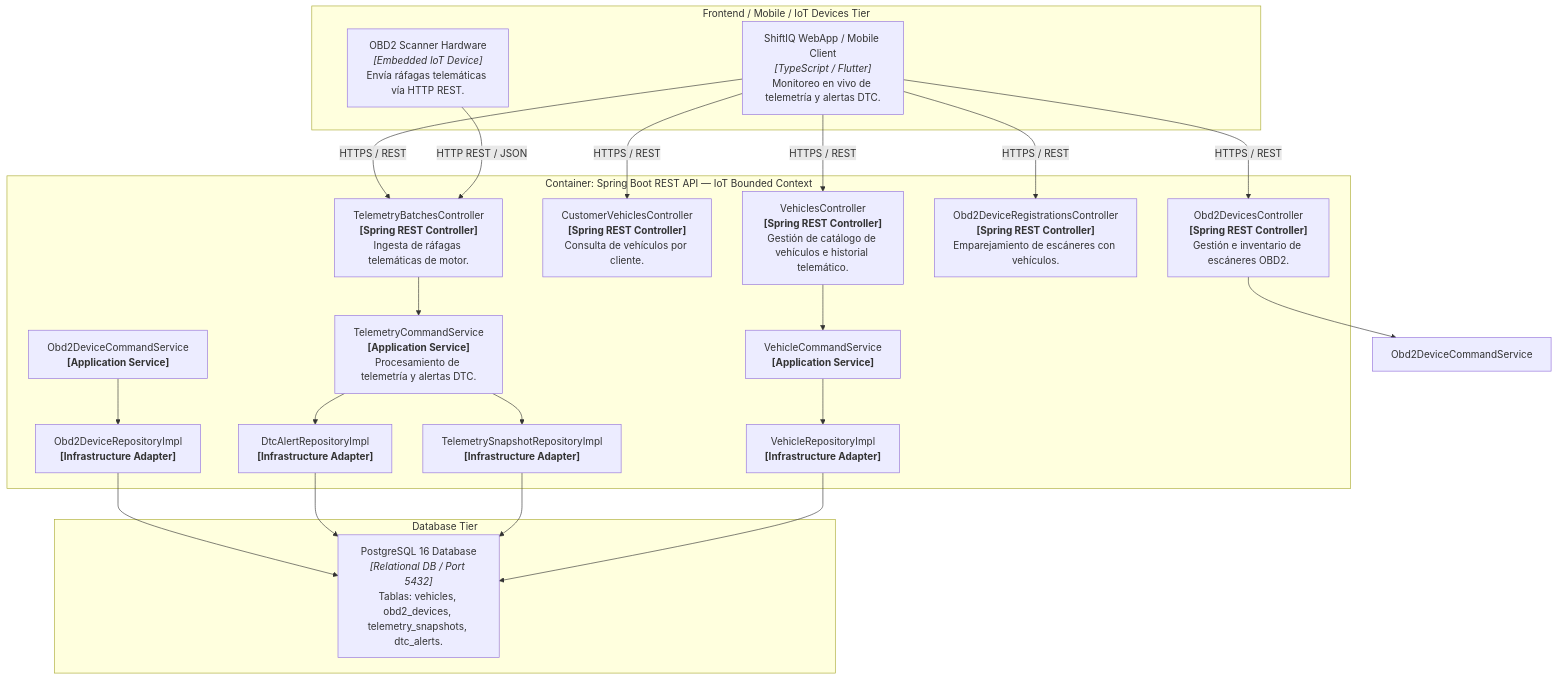
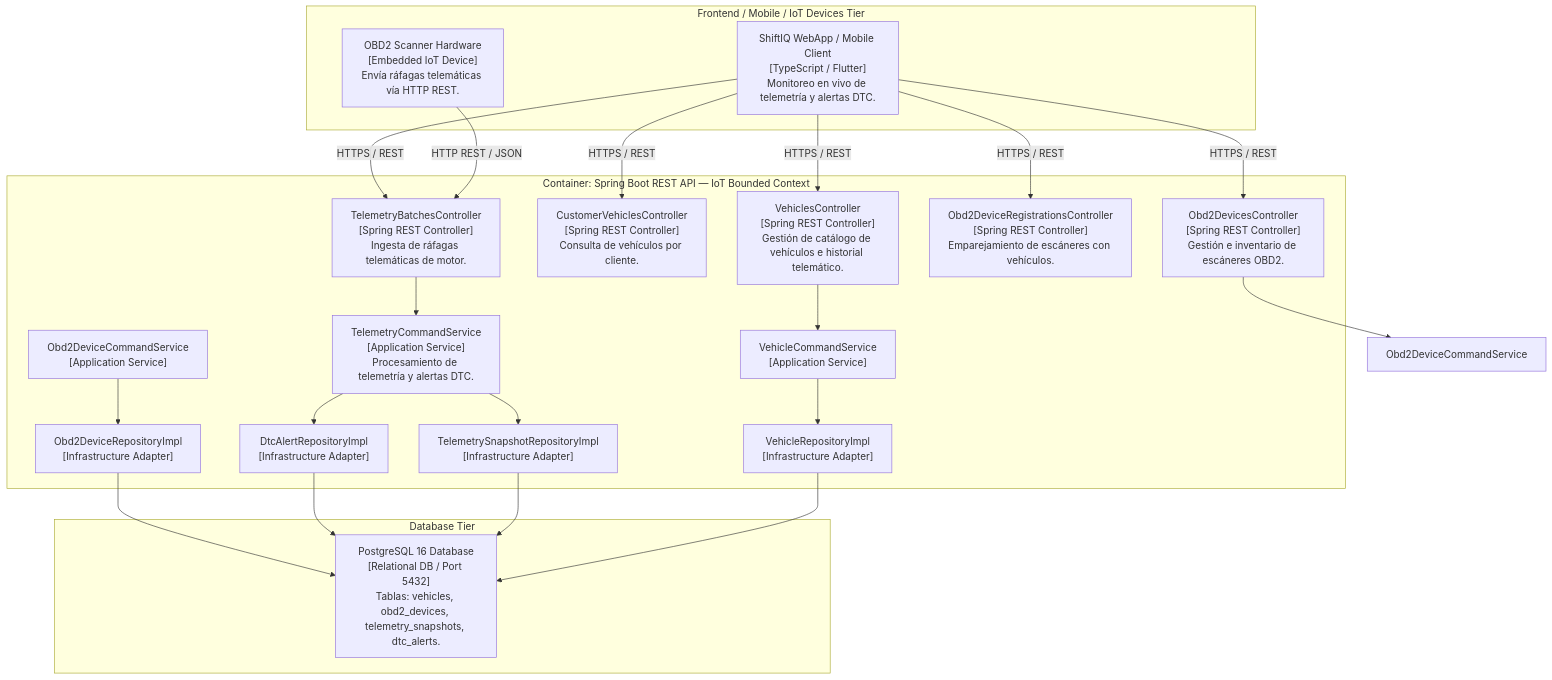
One commit to tux-logic/upc-pre-202620-1acc0238-13981-TuxLogic-report changed the fifth of 7 diagrams in docs/iot-bounded-context-dictionary.md. Above: the diagram before and after it, drawn with Mermaid. The commit also changed 57 other files, not shown here.

Commit message:
fix(diagrams): fix HTML labels, format bold C4 titles and add gitignore.

````diff
--- a/docs/iot-bounded-context-dictionary.md
+++ b/docs/iot-bounded-context-dictionary.md
@@ -585,49 +585,49 @@
 ```mermaid
 graph TB
     subgraph Client_Tier ["Frontend / Mobile / IoT Devices Tier"]
-        Obd2Hardware["OBD2 Scanner Hardware<br><i>[Embedded IoT Device]</i><br>Envía ráfagas telemáticas vía HTTP REST."]
-        ClientApp["ShiftIQ WebApp / Mobile Client<br><i>[TypeScript / Flutter]</i><br>Monitoreo en vivo de telemetría y alertas DTC."]
+        Obd2Hardware["OBD2 Scanner Hardware<br>[Embedded IoT Device]<br>Envía ráfagas telemáticas vía HTTP REST."]
+        ClientApp["ShiftIQ WebApp / Mobile Client<br>[TypeScript / Flutter]<br>Monitoreo en vivo de telemetría y alertas DTC."]
     end
 
     subgraph External_DB ["Database Tier"]
-        PostgreSql["PostgreSQL 16 Database<br><i>[Relational DB / Port 5432]</i><br>Tablas: vehicles, obd2_devices, telemetry_snapshots, dtc_alerts."]
+        PostgreSql["PostgreSQL 16 Database<br>[Relational DB / Port 5432]<br>Tablas: vehicles, obd2_devices, telemetry_snapshots, dtc_alerts."]
     end
 
     subgraph IoT_Container ["Container: Spring Boot REST API — IoT Bounded Context"]
-        VehiclesCtrl["VehiclesController<br><b>[Spring REST Controller]</b><br>Gestión de catálogo de vehículos e historial telemático."]
-        CustVehCtrl["CustomerVehiclesController<br><b>[Spring REST Controller]</b><br>Consulta de vehículos por cliente."]
-        Obd2DevicesCtrl["Obd2DevicesController<br><b>[Spring REST Controller]</b><br>Gestión e inventario de escáneres OBD2."]
-        Obd2RegCtrl["Obd2DeviceRegistrationsController<br><b>[Spring REST Controller]</b><br>Emparejamiento de escáneres con vehículos."]
-        TelemetryCtrl["TelemetryBatchesController<br><b>[Spring REST Controller]</b><br>Ingesta de ráfagas telemáticas de motor."]
+        VehiclesCtrl["VehiclesController<br>[Spring REST Controller]<br>Gestión de catálogo de vehículos e historial telemático."]
+        CustVehCtrl["CustomerVehiclesController<br>[Spring REST Controller]<br>Consulta de vehículos por cliente."]
+        Obd2DevicesCtrl["Obd2DevicesController<br>[Spring REST Controller]<br>Gestión e inventario de escáneres OBD2."]
+        Obd2RegCtrl["Obd2DeviceRegistrationsController<br>[Spring REST Controller]<br>Emparejamiento de escáneres con vehículos."]
+        TelemetryCtrl["TelemetryBatchesController<br>[Spring REST Controller]<br>Ingesta de ráfagas telemáticas de motor."]
 
-        VehicleCmdService["VehicleCommandService<br><b>[Application Service]</b>"]
-        TelemetryCmdService["TelemetryCommandService<br><b>[Application Service]</b><br>Procesamiento de telemetría y alertas DTC."]
-        Obd2DeviceCmdService["Obd2DeviceCommandService<br><b>[Application Service]</b>"]
+        VehicleCmdService["VehicleCommandService<br>[Application Service]"]
+        TelemetryCmdService["TelemetryCommandService<br>[Application Service]<br>Procesamiento de telemetría y alertas DTC."]
+        Obd2DeviceCmdService["Obd2DeviceCommandService<br>[Application Service]"]
 
-        VehicleRepoAdapter["VehicleRepositoryImpl<br><b>[Infrastructure Adapter]</b>"]
-        TelemetryRepoAdapter["TelemetrySnapshotRepositoryImpl<br><b>[Infrastructure Adapter]</b>"]
-        DtcRepoAdapter["DtcAlertRepositoryImpl<br><b>[Infrastructure Adapter]</b>"]
-        Obd2RepoAdapter["Obd2DeviceRepositoryImpl<br><b>[Infrastructure Adapter]</b>"]
+        VehicleRepoAdapter["VehicleRepositoryImpl<br>[Infrastructure Adapter]"]
+        TelemetryRepoAdapter["TelemetrySnapshotRepositoryImpl<br>[Infrastructure Adapter]"]
+        DtcRepoAdapter["DtcAlertRepositoryImpl<br>[Infrastructure Adapter]"]
+        Obd2RepoAdapter["Obd2DeviceRepositoryImpl<br>[Infrastructure Adapter]"]
     end
 
     Obd2Hardware -->|"HTTP REST / JSON"| TelemetryCtrl
     ClientApp -->|"HTTPS / REST"| VehiclesCtrl
     ClientApp -->|"HTTPS / REST"| CustVehCtrl
     ClientApp -->|"HTTPS / REST"| Obd2DevicesCtrl
     ClientApp -->|"HTTPS / REST"| Obd2RegCtrl
     ClientApp -->|"HTTPS / REST"| TelemetryCtrl
 
     VehiclesCtrl --> VehicleCmdService
     Obd2DevicesCtrl --> Obd2DeviceCommandService
     TelemetryCtrl --> TelemetryCmdService
 
     VehicleCmdService --> VehicleRepoAdapter
     Obd2DeviceCmdService --> Obd2RepoAdapter
     TelemetryCmdService --> TelemetryRepoAdapter
     TelemetryCmdService --> DtcRepoAdapter
 
     VehicleRepoAdapter --> PostgreSql
     TelemetryRepoAdapter --> PostgreSql
     DtcRepoAdapter --> PostgreSql
     Obd2RepoAdapter --> PostgreSql
 ```
````
